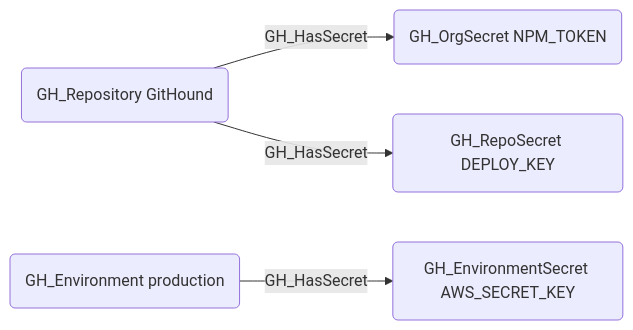
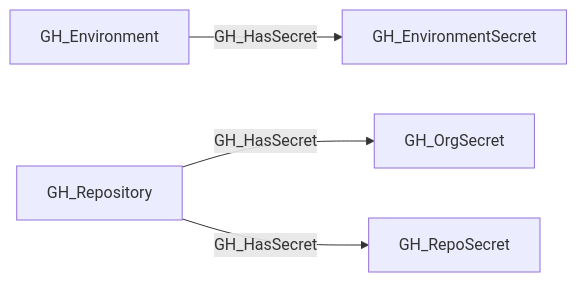
One commit to SpecterOps/bloodhound-docs changed the first of 2 diagrams in docs/opengraph/extensions/github/edges/gh_hassecret.mdx. Above: the diagram before and after it, drawn with Mermaid. The commit also changed other lines of this file and 292 other files, not shown here.

````diff
--- a/docs/opengraph/extensions/github/edges/gh_hassecret.mdx
+++ b/docs/opengraph/extensions/github/edges/gh_hassecret.mdx
@@ -19,11 +18,11 @@
 ```mermaid
-graph LR
-    node1("GH_Repository GitHound")
-    node2("GH_OrgSecret NPM_TOKEN")
-    node3("GH_RepoSecret DEPLOY_KEY")
-    node4("GH_Environment production")
-    node5("GH_EnvironmentSecret AWS_SECRET_KEY")
-    node1 -- GH_HasSecret --> node2
-    node1 -- GH_HasSecret --> node3
-    node4 -- GH_HasSecret --> node5
+flowchart LR
+    GH_Environment["GH_Environment"]
+    GH_EnvironmentSecret["GH_EnvironmentSecret"]
+    GH_OrgSecret["GH_OrgSecret"]
+    GH_RepoSecret["GH_RepoSecret"]
+    GH_Repository["GH_Repository"]
+    GH_Environment -- GH_HasSecret --> GH_EnvironmentSecret
+    GH_Repository -- GH_HasSecret --> GH_OrgSecret
+    GH_Repository -- GH_HasSecret --> GH_RepoSecret
 ```
````
